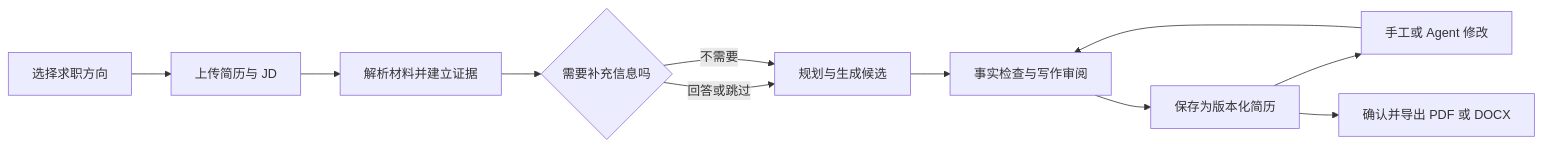
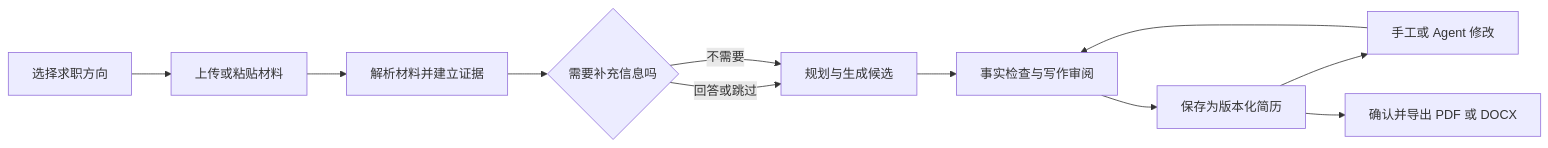
One commit to Dylanqxh/Match-Trajectory changed the first of 2 diagrams in README.md. Above: the diagram before and after it, drawn with Mermaid. The commit also changed other lines of this file and 11 other files, not shown here.

````diff
--- a/README.md
+++ b/README.md
@@ -51,13 +62,13 @@
 ```mermaid
 flowchart LR
-    A[选择求职方向] --> B[上传简历与 JD]
+    A[选择求职方向] --> B[上传或粘贴材料]
     B --> C[解析材料并建立证据]
     C --> D{需要补充信息吗}
     D -->|回答或跳过| E[规划与生成候选]
     D -->|不需要| E
     E --> F[事实检查与写作审阅]
     F --> G[保存为版本化简历]
     G --> H[手工或 Agent 修改]
     H --> F
     G --> I[确认并导出 PDF 或 DOCX]
 ```
````
